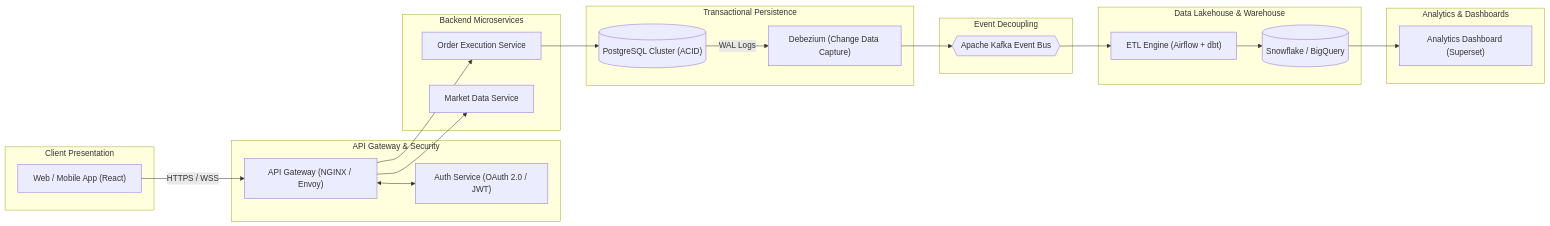
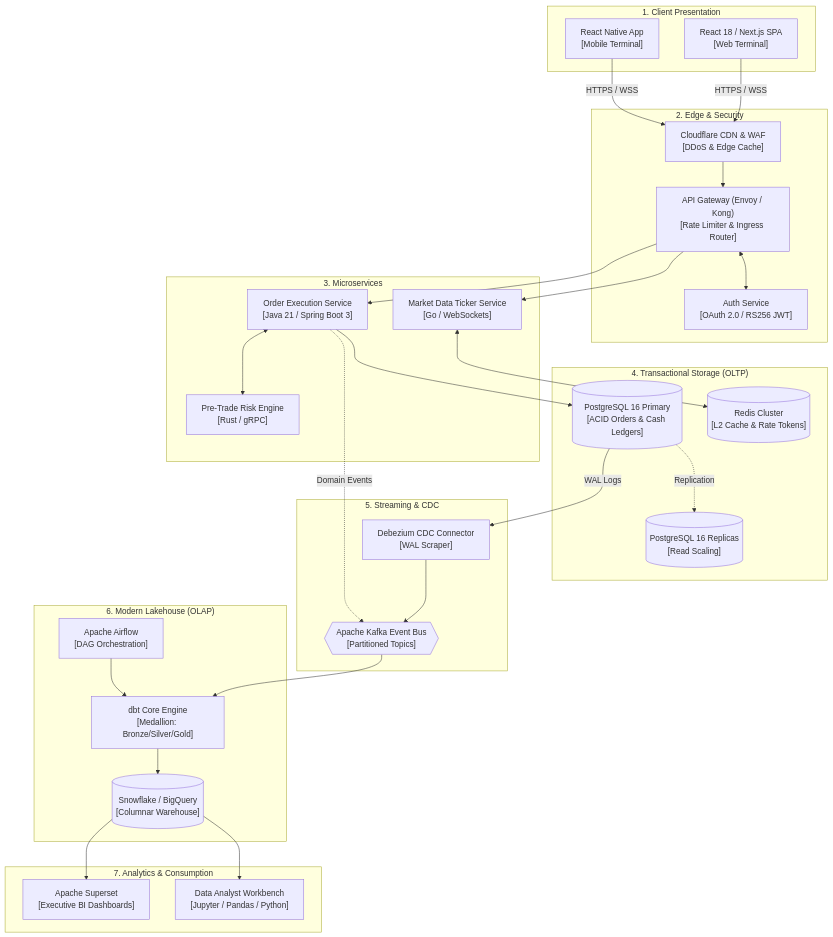
One commit to tanay1704/fintech-quantitative-foundation changed the diagram in README.md. Above: the diagram before and after it, drawn with Mermaid. The commit also changed other lines of this file and 1 other file, not shown here.

````diff
--- a/README.md
+++ b/README.md
@@ -32,45 +35,60 @@
 ```mermaid
-graph LR
-    subgraph Client ["Client Presentation"]
-        UI["Web / Mobile App (React)"]
+graph TB
+    subgraph Client_Tier ["1. Client Presentation"]
+        SPA["React 18 / Next.js SPA<br/>[Web Terminal]"]
+        MOB["React Native App<br/>[Mobile Terminal]"]
     end
 
-    subgraph Gateway ["API Gateway & Security"]
-        GW["API Gateway (NGINX / Envoy)"]
-        AUTH["Auth Service (OAuth 2.0 / JWT)"]
+    subgraph Ingress_Tier ["2. Edge & Security"]
+        CDN["Cloudflare CDN & WAF<br/>[DDoS & Edge Cache]"]
+        GW["API Gateway (Envoy / Kong)<br/>[Rate Limiter & Ingress Router]"]
+        AUTH["Auth Service<br/>[OAuth 2.0 / RS256 JWT]"]
     end
 
-    subgraph Backend ["Backend Microservices"]
-        ORD["Order Execution Service"]
-        MKT["Market Data Service"]
+    subgraph Service_Tier ["3. Microservices"]
+        ORD["Order Execution Service<br/>[Java 21 / Spring Boot 3]"]
+        RMS["Pre-Trade Risk Engine<br/>[Rust / gRPC]"]
+        MKT["Market Data Ticker Service<br/>[Go / WebSockets]"]
     end
 
-    subgraph OLTP ["Transactional Persistence"]
-        DB[("PostgreSQL Cluster (ACID)")]
-        CDC["Debezium (Change Data Capture)"]
+    subgraph Persistence_Tier ["4. Transactional Storage (OLTP)"]
+        PG_PRIMARY[("PostgreSQL 16 Primary<br/>[ACID Orders & Cash Ledgers]")]
+        PG_REPLICA[("PostgreSQL 16 Replicas<br/>[Read Scaling]")]
+        REDIS[("Redis Cluster<br/>[L2 Cache & Rate Tokens]")]
     end
 
-    subgraph Streaming ["Event Decoupling"]
-        KAFKA{{"Apache Kafka Event Bus"}}
+    subgraph Streaming_Tier ["5. Streaming & CDC"]
+        CDC["Debezium CDC Connector<br/>[WAL Scraper]"]
+        KAFKA{{"Apache Kafka Event Bus<br/>[Partitioned Topics]"}}
     end
 
-    subgraph Lakehouse ["Data Lakehouse & Warehouse"]
-        ETL["ETL Engine (Airflow + dbt)"]
-        DW[("Snowflake / BigQuery")]
+    subgraph Lakehouse_Tier ["6. Modern Lakehouse (OLAP)"]
+        AIRFLOW["Apache Airflow<br/>[DAG Orchestration]"]
+        DBT["dbt Core Engine<br/>[Medallion: Bronze/Silver/Gold]"]
+        DW[("Snowflake / BigQuery<br/>[Columnar Warehouse]")]
     end
 
-    subgraph BI ["Analytics & Dashboards"]
-        DASH["Analytics Dashboard (Superset)"]
+    subgraph BI_Tier ["7. Analytics & Consumption"]
+        BI["Apache Superset<br/>[Executive BI Dashboards]"]
+        JUPYTER["Data Analyst Workbench<br/>[Jupyter / Pandas / Python]"]
     end
 
-    UI -->|HTTPS / WSS| GW
+    SPA -->|HTTPS / WSS| CDN
+    MOB -->|HTTPS / WSS| CDN
+    CDN --> GW
     GW <--> AUTH
     GW --> ORD
     GW --> MKT
-    ORD --> DB
-    DB -->|WAL Logs| CDC
+    ORD <--> RMS
+    MKT <--> REDIS
+    ORD --> PG_PRIMARY
+    PG_PRIMARY -.->|Replication| PG_REPLICA
+    PG_PRIMARY -->|WAL Logs| CDC
     CDC --> KAFKA
-    KAFKA --> ETL
-    ETL --> DW
-    DW --> DASH
+    ORD -.->|Domain Events| KAFKA
+    KAFKA --> DBT
+    AIRFLOW --> DBT
+    DBT --> DW
+    DW --> BI
+    DW --> JUPYTER
 ```
````
